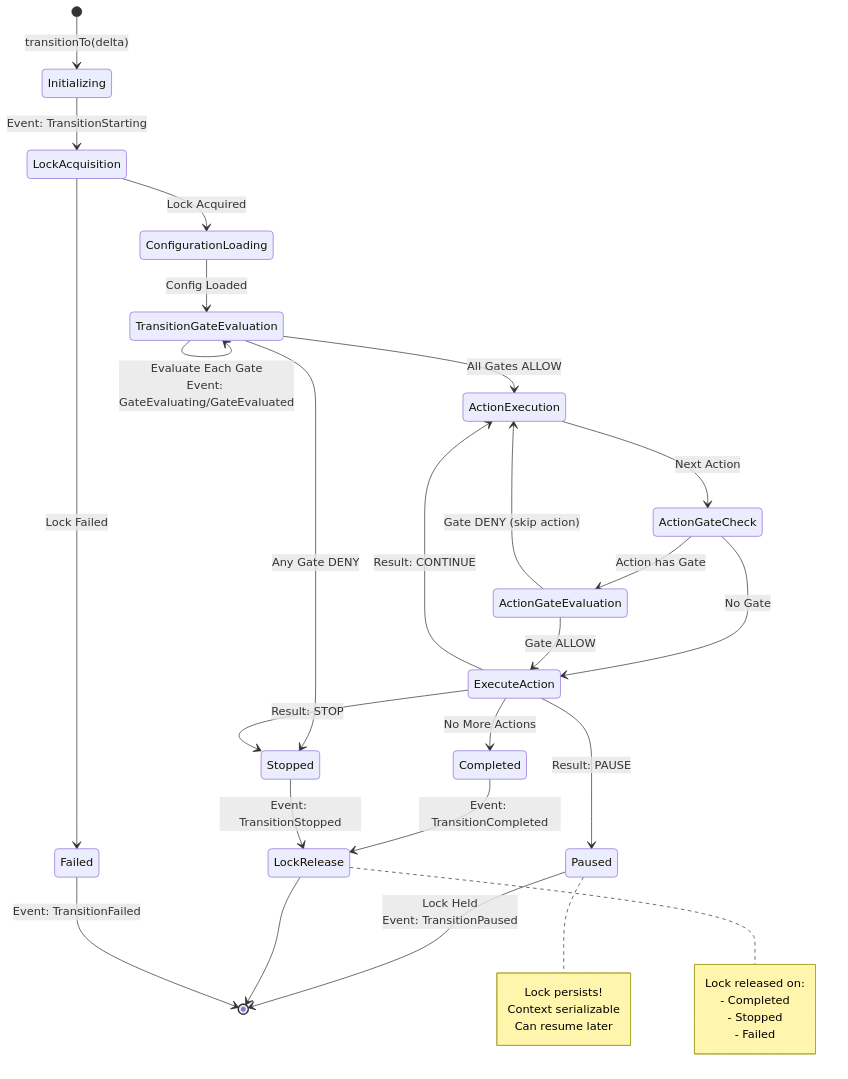
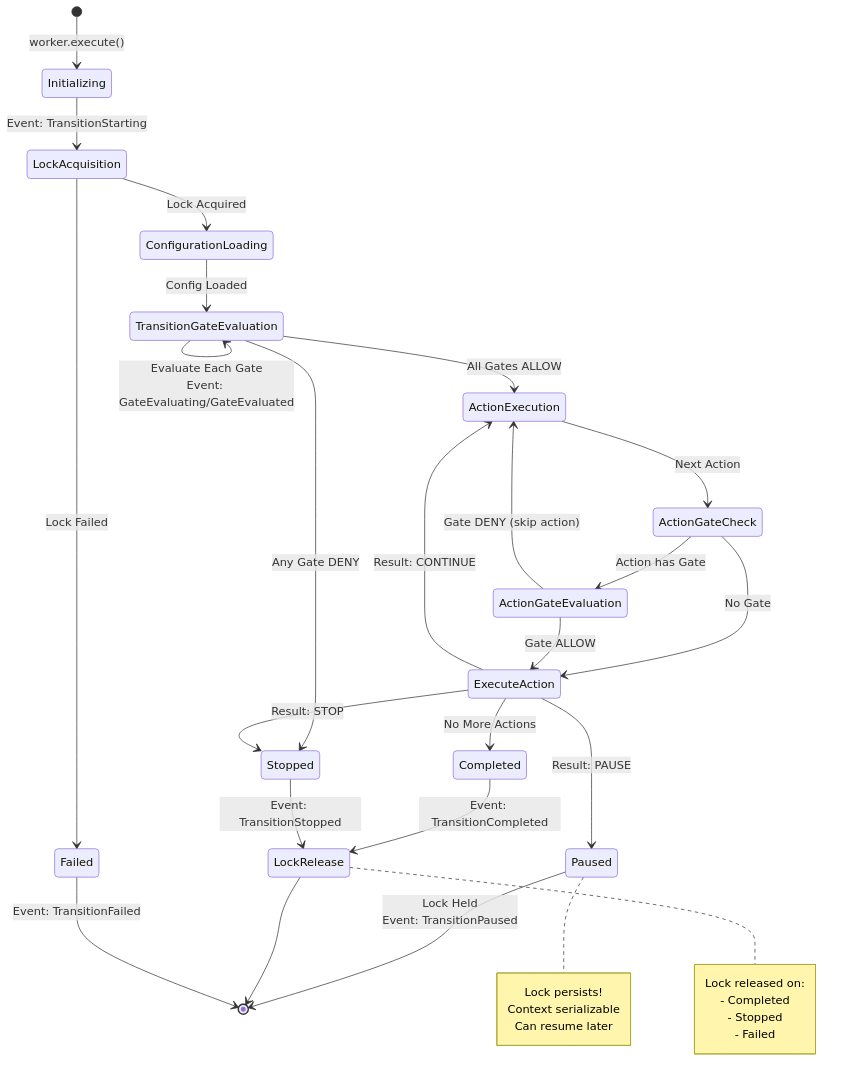
One commit to benrowe/stateflow changed the second of 11 diagrams in docs/diagrams.md. Above: the diagram before and after it, drawn with Mermaid. The commit also changed other lines of this file and 1 other file, not shown here.

Commit message:
Fix diagrams to use new worker

````diff
--- a/docs/diagrams.md
+++ b/docs/diagrams.md
@@ -66,48 +66,48 @@
 ```mermaid
 stateDiagram-v2
-    [*] --> Initializing: transitionTo(delta)
+    [*] --> Initializing: worker.execute()
 
     Initializing --> LockAcquisition: Event: TransitionStarting
 
     LockAcquisition --> ConfigurationLoading: Lock Acquired
     LockAcquisition --> Failed: Lock Failed
 
     ConfigurationLoading --> TransitionGateEvaluation: Config Loaded
 
     TransitionGateEvaluation --> TransitionGateEvaluation: Evaluate Each Gate<br/>Event: GateEvaluating/GateEvaluated
     TransitionGateEvaluation --> ActionExecution: All Gates ALLOW
     TransitionGateEvaluation --> Stopped: Any Gate DENY
 
     ActionExecution --> ActionGateCheck: Next Action
 
     ActionGateCheck --> ActionGateEvaluation: Action has Gate
     ActionGateCheck --> ExecuteAction: No Gate
 
     ActionGateEvaluation --> ExecuteAction: Gate ALLOW
     ActionGateEvaluation --> ActionExecution: Gate DENY (skip action)
 
     ExecuteAction --> ActionExecution: Result: CONTINUE
     ExecuteAction --> Paused: Result: PAUSE
     ExecuteAction --> Stopped: Result: STOP
     ExecuteAction --> Completed: No More Actions
 
     Completed --> LockRelease: Event: TransitionCompleted
     Stopped --> LockRelease: Event: TransitionStopped
     Paused --> [*]: Lock Held<br/>Event: TransitionPaused
 
     LockRelease --> [*]
     Failed --> [*]: Event: TransitionFailed
 
     note right of Paused
         Lock persists!
         Context serializable
         Can resume later
     end note
 
     note right of LockRelease
         Lock released on:
         - Completed
         - Stopped
         - Failed
     end note
 ```
````
